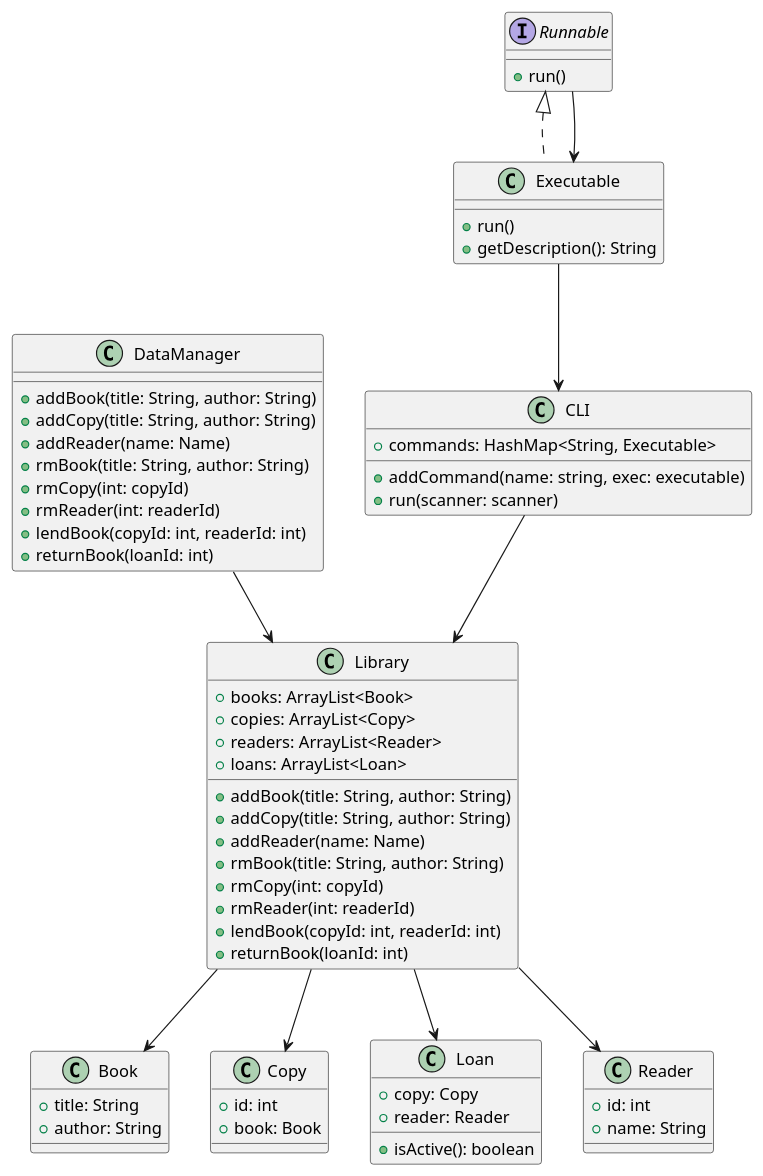
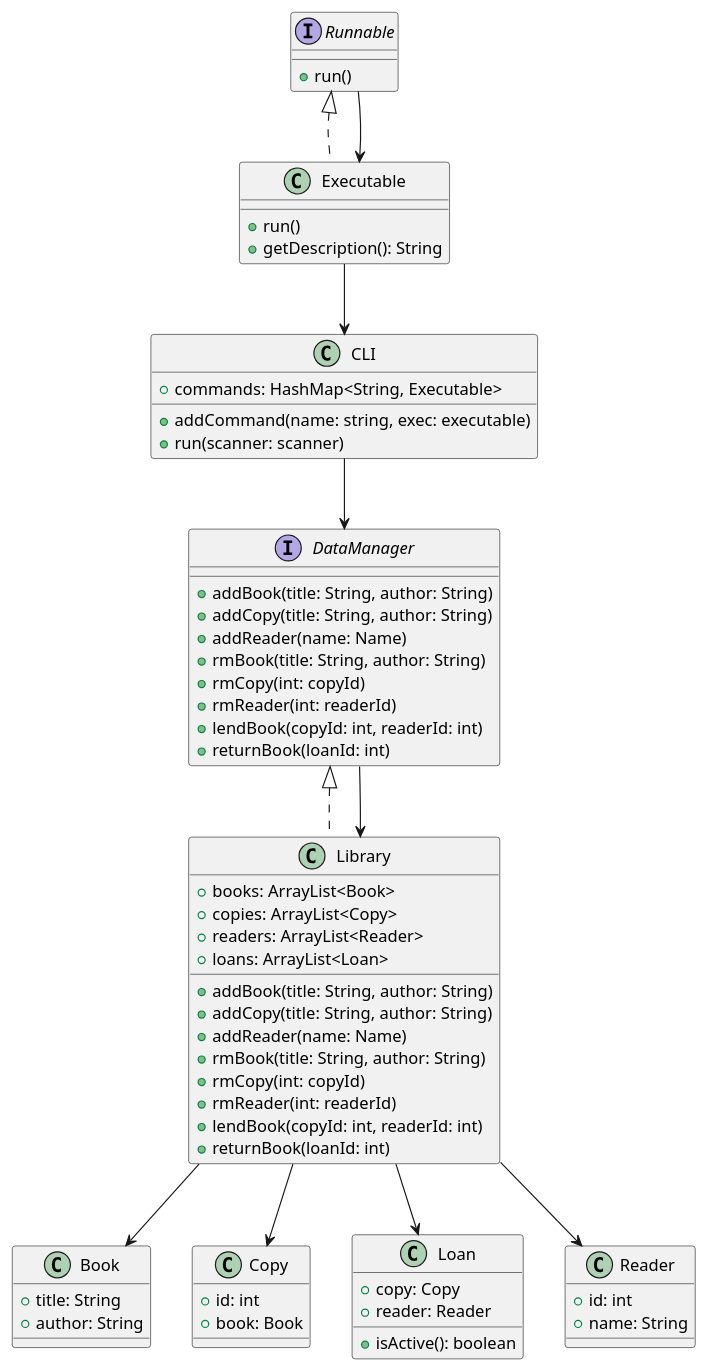
One commit to ShrikeBin/SoftEng changed the diagram in list2/library/diagram.puml. Above: the diagram before and after it, drawn with PlantUML. The commit also changed 1 other file, not shown here.

Commit message:
another diagram fix

```diff
--- a/list2/library/diagram.puml
+++ b/list2/library/diagram.puml
@@ -1,83 +1,83 @@
 @startuml class
 
 class CLI
 {
     +commands: HashMap<String, Executable>
 
     +addCommand(name: string, exec: executable)
     +run(scanner: scanner)
 }
 
 interface Runnable 
 {
     +run()
 }
 
 class Executable implements Runnable 
 {
     +run()
     +getDescription(): String
 }
 
-class DataManager
+interface DataManager
 {
     +addBook(title: String, author: String)
     +addCopy(title: String, author: String)
     +addReader(name: Name)
     +rmBook(title: String, author: String)
     +rmCopy(int: copyId)
     +rmReader(int: readerId)
     +lendBook(copyId: int, readerId: int)
     +returnBook(loanId: int)
 }
 
-class Library 
+class Library implements DataManager
 {
     +books: ArrayList<Book>
     +copies: ArrayList<Copy>
     +readers: ArrayList<Reader>
     +loans: ArrayList<Loan>
 
     +addBook(title: String, author: String)
     +addCopy(title: String, author: String)
     +addReader(name: Name)
     +rmBook(title: String, author: String)
     +rmCopy(int: copyId)
     +rmReader(int: readerId)
     +lendBook(copyId: int, readerId: int)
     +returnBook(loanId: int)
 }
 
 class Book 
 {
     +title: String
     +author: String
 }
 
 class Copy 
 {
     +id: int
     +book: Book
 }
 
 class Loan 
 {
     +copy: Copy
     +reader: Reader
     +isActive(): boolean
 }
 
 class Reader 
 {
     +id: int
     +name: String
 }
 Runnable --> Executable
 Executable --> CLI
 DataManager --> Library
-CLI --> Library
+CLI --> DataManager
 Library --> Book
 Library --> Copy
 Library --> Loan
 Library --> Reader
 @enduml
```
